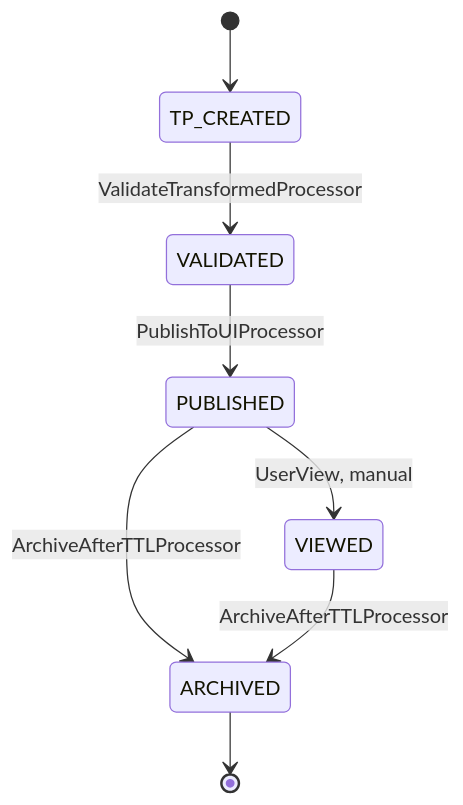
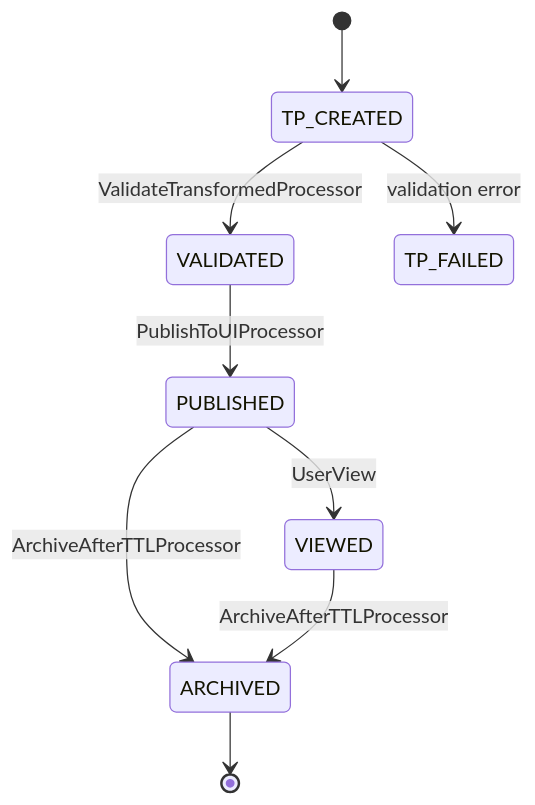
Before and after one commit to Cyoda-platform/java-client-template: the third of 3 diagrams in src/main/java/com/java_template/prototype/functional_requirement.md, drawn with Mermaid. The commit also changed other lines of this file, not shown here.

````diff
--- a/src/main/java/com/java_template/prototype/functional_requirement.md
+++ b/src/main/java/com/java_template/prototype/functional_requirement.md
@@ -91,10 +168,11 @@
 ```mermaid
 stateDiagram-v2
     [*] --> TP_CREATED
     TP_CREATED --> VALIDATED : ValidateTransformedProcessor
     VALIDATED --> PUBLISHED : PublishToUIProcessor
-    PUBLISHED --> VIEWED : UserView, manual
+    PUBLISHED --> VIEWED : UserView
     PUBLISHED --> ARCHIVED : ArchiveAfterTTLProcessor
     VIEWED --> ARCHIVED : ArchiveAfterTTLProcessor
+    TP_CREATED --> TP_FAILED : validation error
     ARCHIVED --> [*]
 ```
````
